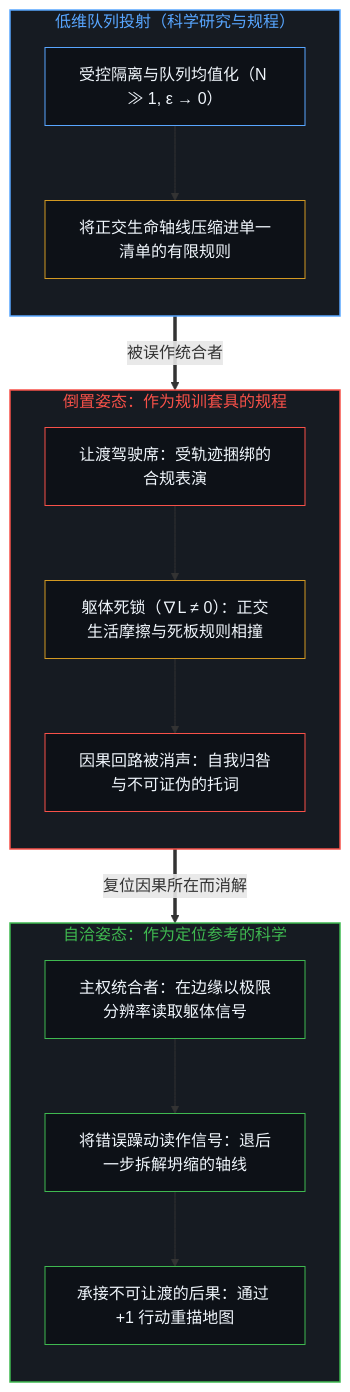
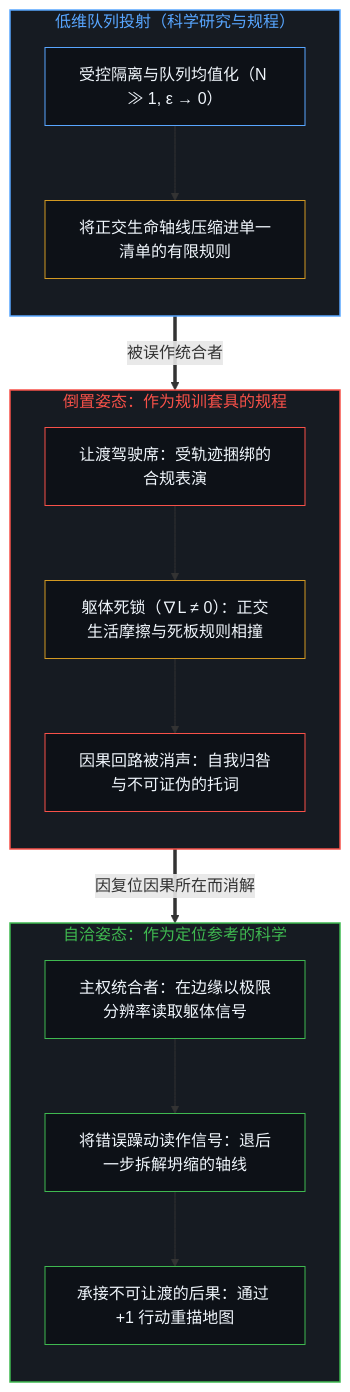
Before and after one commit to powerpig99/not-a-toe: the first of 2 diagrams in content/posts/the-inversion-of-the-protocol-and-the-silencing-of-the-causal-loop.md, drawn with Mermaid. The commit also changed other lines of this file and 5 other files, not shown here.

````diff
--- a/content/posts/the-inversion-of-the-protocol-and-the-silencing-of-the-causal-loop.md
+++ b/content/posts/the-inversion-of-the-protocol-and-the-silencing-of-the-causal-loop.md
@@ -51,36 +51,36 @@
 ```mermaid
 flowchart TD
     subgraph S_Proj["低维队列投射（科学研究与规程）"]
         direction TB
         P1["受控隔离与队列均值化（N ≫ 1, ε → 0）"]
         P2["将正交生命轴线压缩进单一清单的有限规则"]
         P1 --> P2
     end
     subgraph S_Inversion["倒置姿态：作为规训套具的规程"]
         direction TB
         I1["让渡驾驶席：受轨迹捆绑的合规表演"]
         I2["躯体死锁（∇L ≠ 0）：正交生活摩擦与死板规则相撞"]
         I3["因果回路被消声：自我归咎与不可证伪的托词"]
         I1 --> I2 --> I3
     end
     subgraph S_Coherent["自洽姿态：作为定位参考的科学"]
         direction TB
         C1["主权统合者：在边缘以极限分辨率读取躯体信号"]
         C2["将错误躁动读作信号：退后一步拆解坍缩的轴线"]
         C3["承接不可让渡的后果：通过 +1 行动重描地图"]
         C1 --> C2 --> C3
     end
     P2 ==>|"被误作统合者"| I1
-    I3 ==>|"复位因果所在而消解"| C1
+    I3 ==>|"因复位因果所在而消解"| C1
     style S_Proj fill:#161b22,stroke:#58a6ff,stroke-width:1.5px,color:#58a6ff
     style S_Inversion fill:#161b22,stroke:#f85149,stroke-width:1.5px,color:#f85149
     style S_Coherent fill:#161b22,stroke:#3fb950,stroke-width:1.5px,color:#3fb950
     style P1 fill:#0d1117,stroke:#58a6ff,stroke-width:1px,color:#f0f6fc
     style P2 fill:#0d1117,stroke:#d29922,stroke-width:1px,color:#f0f6fc
     style I1 fill:#0d1117,stroke:#f85149,stroke-width:1px,color:#f0f6fc
     style I2 fill:#0d1117,stroke:#d29922,stroke-width:1px,color:#f0f6fc
     style I3 fill:#0d1117,stroke:#f85149,stroke-width:1px,color:#f0f6fc
     style C1 fill:#0d1117,stroke:#3fb950,stroke-width:1px,color:#f0f6fc
     style C2 fill:#0d1117,stroke:#3fb950,stroke-width:1px,color:#f0f6fc
     style C3 fill:#0d1117,stroke:#3fb950,stroke-width:1px,color:#f0f6fc
 ```
````
